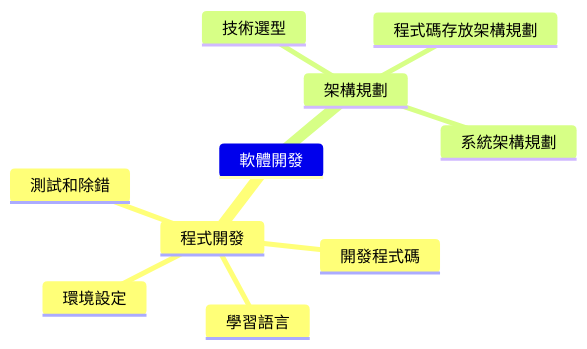
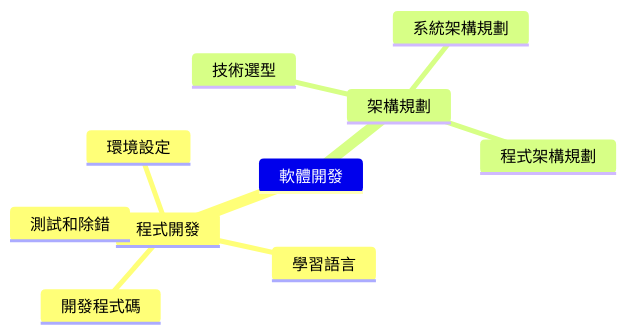
The diagram in contentOri/zh-tw/Learn with AI/Coding with AI.md (learninfun/learn-with-ai), drawn with Mermaid before and after one commit. The commit also changed other lines of this file, not shown here.

````diff
--- a/contentOri/zh-tw/Learn with AI/Coding with AI.md
+++ b/contentOri/zh-tw/Learn with AI/Coding with AI.md
@@ -8,13 +8,13 @@
 ```mermaid
 mindmap
   軟體開發
     程式開發
       環境設定
       學習語言
       開發程式碼
       測試和除錯
     架構規劃
       技術選型
-      程式碼存放架構規劃
+      程式架構規劃
       系統架構規劃
 ```
````
